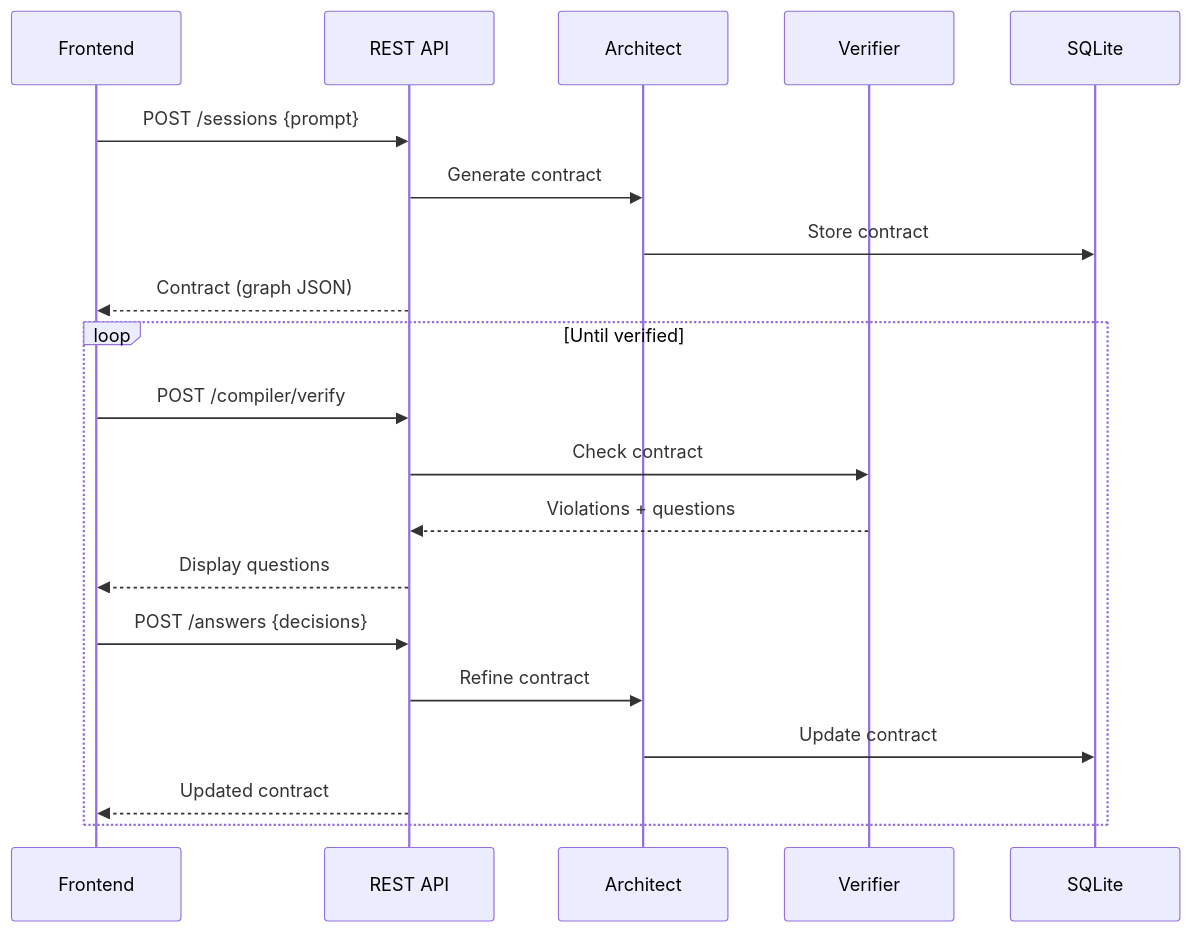
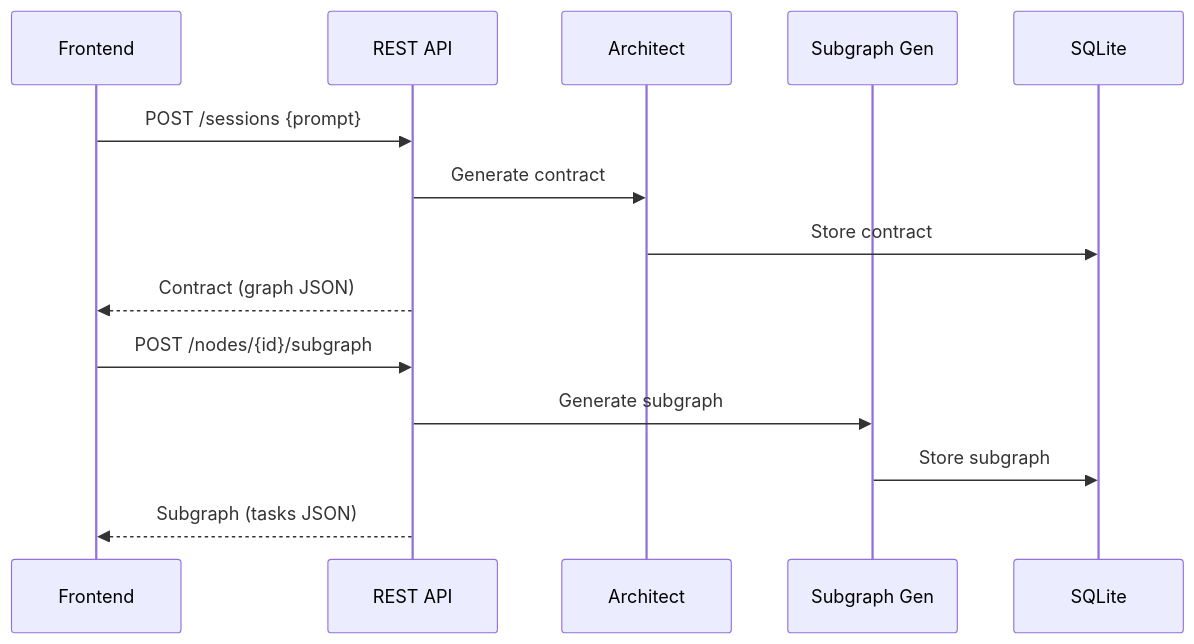
One commit to Ezimakyu/IterViz changed the second of 4 diagrams in docs/02-architecture.md. Above: the diagram before and after it, drawn with Mermaid. The commit also changed other lines of this file and 16 other files, not shown here.

````diff
--- a/docs/02-architecture.md
+++ b/docs/02-architecture.md
@@ -64,24 +64,18 @@
 ```mermaid
 sequenceDiagram
     participant UI as Frontend
     participant API as REST API
     participant Arch as Architect
-    participant Ver as Verifier
+    participant SG as Subgraph Gen
     participant DB as SQLite
 
     UI->>API: POST /sessions {prompt}
     API->>Arch: Generate contract
     Arch->>DB: Store contract
     API-->>UI: Contract (graph JSON)
     
-    loop Until verified
-        UI->>API: POST /compiler/verify
-        API->>Ver: Check contract
-        Ver-->>API: Violations + questions
-        API-->>UI: Display questions
-        UI->>API: POST /answers {decisions}
-        API->>Arch: Refine contract
-        Arch->>DB: Update contract
-        API-->>UI: Updated contract
-    end
+    UI->>API: POST /nodes/{id}/subgraph
+    API->>SG: Generate subgraph
+    SG->>DB: Store subgraph
+    API-->>UI: Subgraph (tasks JSON)
 ```
````
